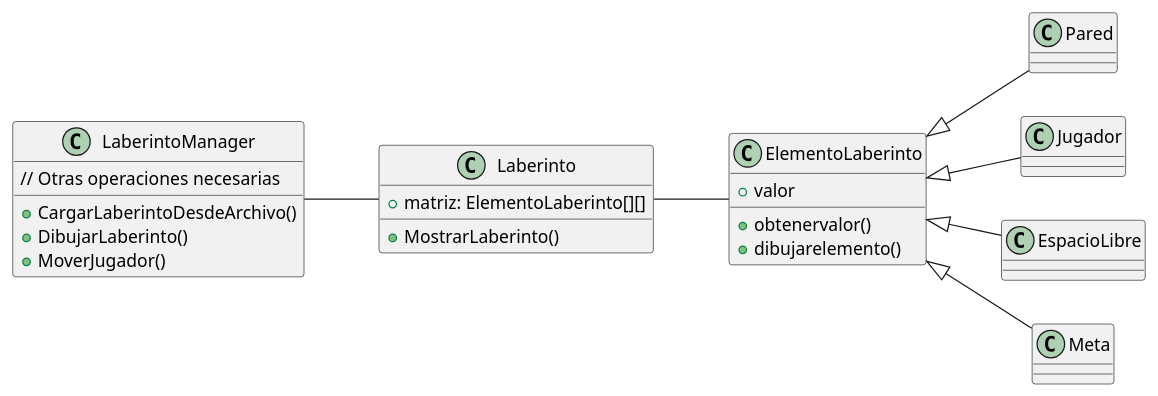
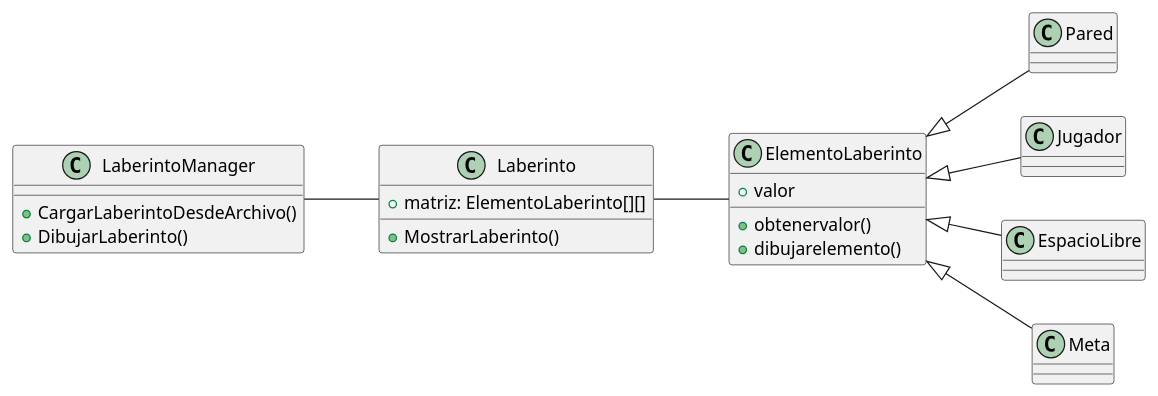
The diagram in clases.plantuml (sagarcial/labertinto), drawn with PlantUML before and after one commit. The commit also changed 1 other file, not shown here.

```diff
--- a/clases.plantuml
+++ b/clases.plantuml
@@ -1,37 +1,35 @@
 @startuml
 left to right direction
 
 class Laberinto {
   +matriz: ElementoLaberinto[][]
   +MostrarLaberinto()
 }
 
 class ElementoLaberinto {
   +valor
   +obtenervalor()
   +dibujarelemento()
 }
 
 class Pared {
 }
 class Jugador {
 }
 class EspacioLibre {
 }
 class Meta {
 }
 
 class LaberintoManager {
   +CargarLaberintoDesdeArchivo()
   +DibujarLaberinto()
-  +MoverJugador()
-  // Otras operaciones necesarias
 }
 
 Laberinto  -- ElementoLaberinto 
 ElementoLaberinto <|-- Pared
 ElementoLaberinto <|-- EspacioLibre
 ElementoLaberinto <|-- Jugador
 ElementoLaberinto <|-- Meta
 LaberintoManager -- Laberinto
 @enduml
```
